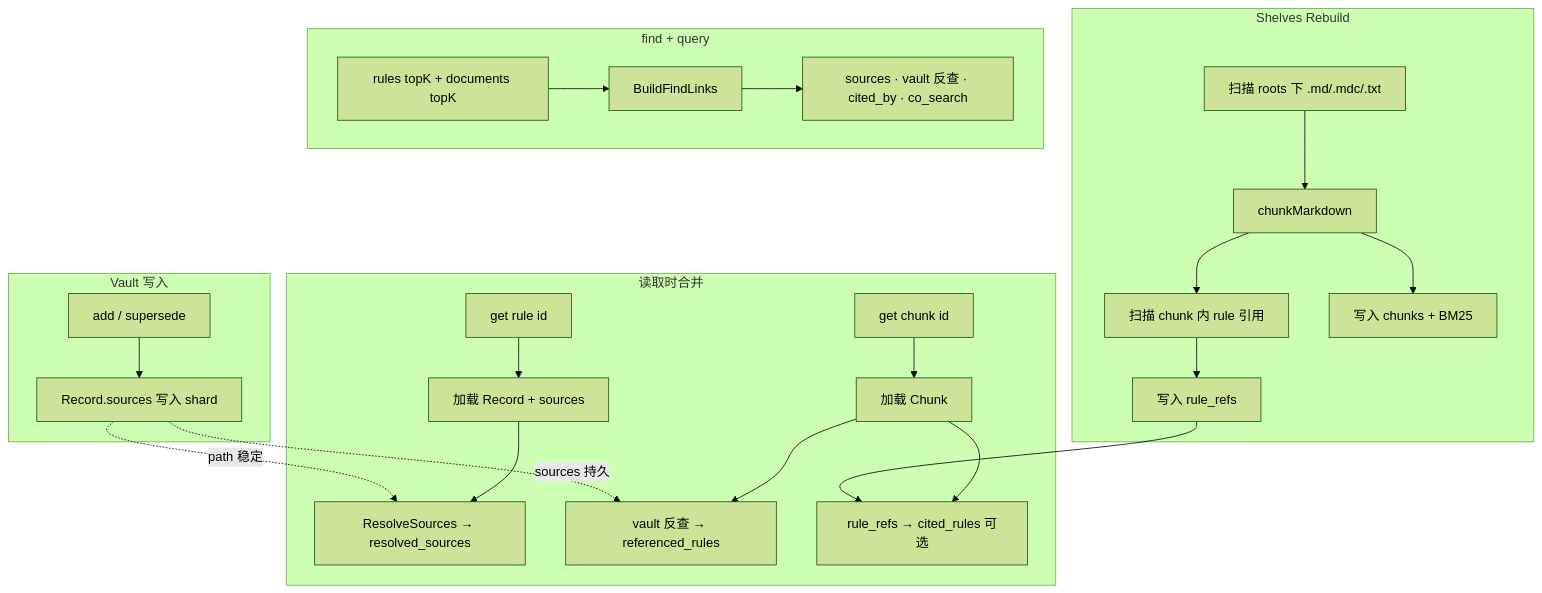
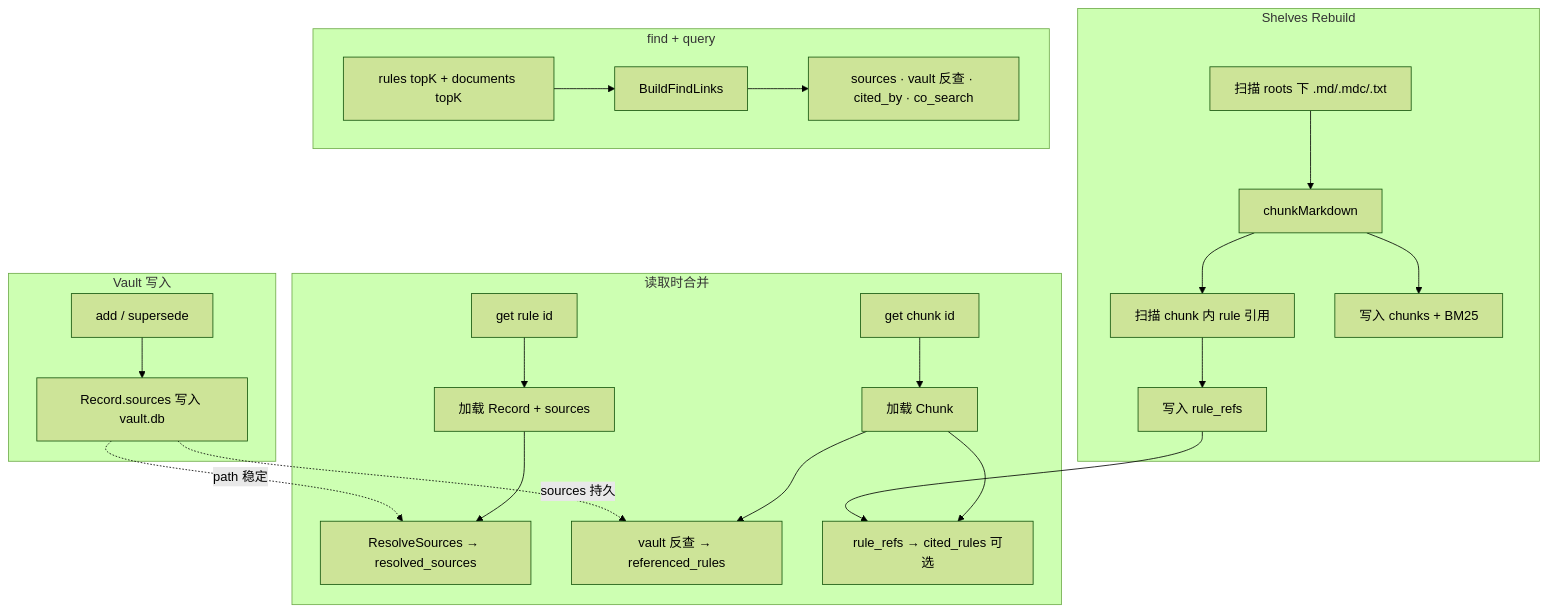
One commit to SteamedBread2333/imprint changed the diagram in docs/imprint-shelves-linking.zh.md. Above: the diagram before and after it, drawn with Mermaid (forest theme). The commit also changed other lines of this file and 7 other files, not shown here.

````diff
--- a/docs/imprint-shelves-linking.zh.md
+++ b/docs/imprint-shelves-linking.zh.md
@@ -179,30 +179,30 @@
 ```mermaid
 flowchart TB
   subgraph vault_write [Vault 写入]
-    A[add / supersede] --> B[Record.sources 写入 shard]
+    A[add / supersede] --> B[Record.sources 写入 vault.db]
   end
 
   subgraph shelves_rebuild [Shelves Rebuild]
     C[扫描 roots 下 .md/.mdc/.txt] --> D[chunkMarkdown]
     D --> E[扫描 chunk 内 rule 引用]
     E --> F[写入 rule_refs]
     D --> G[写入 chunks + BM25]
   end
 
   subgraph read_path [读取时合并]
     H[get rule id] --> I[加载 Record + sources]
     I --> J[ResolveSources → resolved_sources]
     K[get chunk id] --> L[加载 Chunk]
     L --> M[vault 反查 → referenced_rules]
     L --> N[rule_refs → cited_rules 可选]
     F --> N
   end
 
   subgraph find_path [find + query]
     P[rules topK + documents topK] --> Q[BuildFindLinks]
     Q --> R[sources · vault 反查 · cited_by · co_search]
   end
 
   B -.->|path 稳定| J
   B -.->|sources 持久| M
 ```
````
